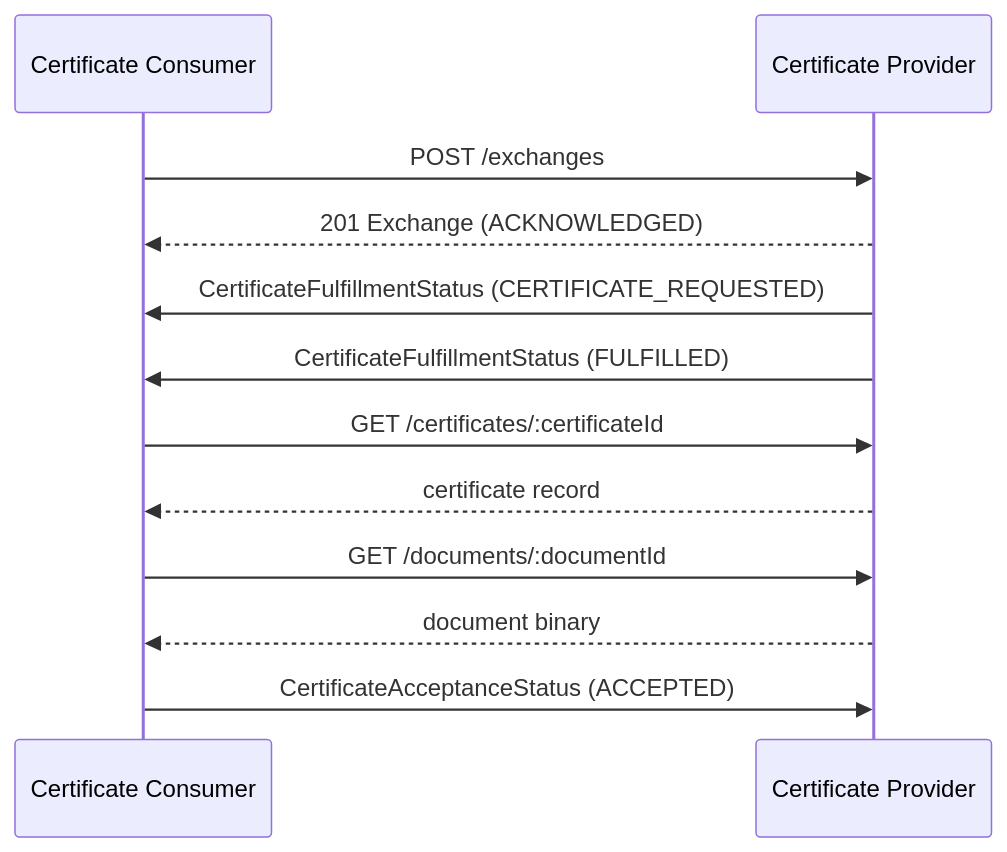
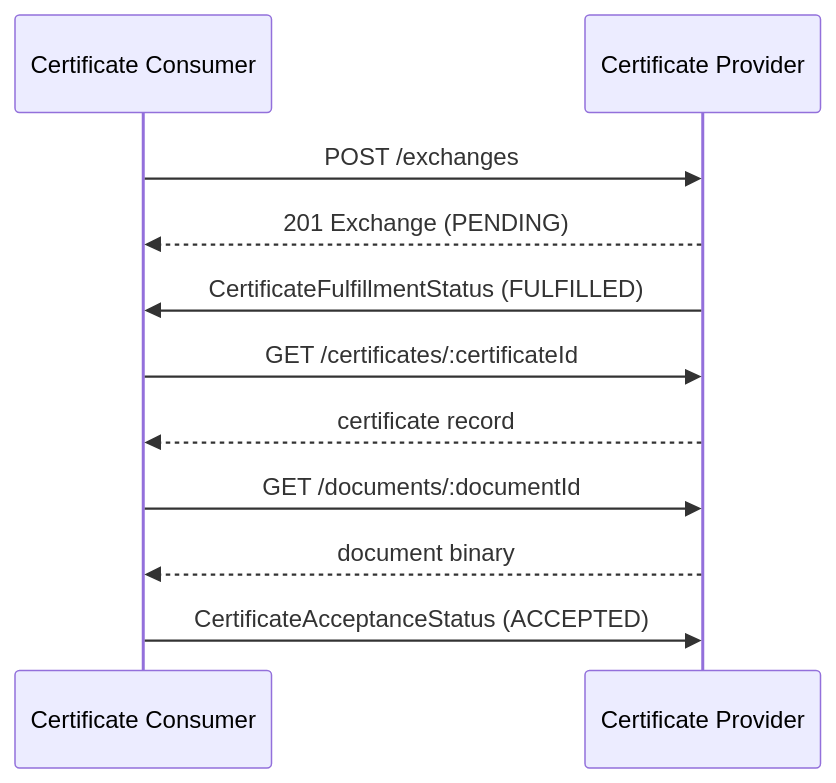
One commit to Metaform/certo changed the fourth of 4 diagrams in docs/sce/certificate-exchange.md. Above: the diagram before and after it, drawn with Mermaid. The commit also changed other lines of this file and 25 other files, not shown here.

````diff
--- a/docs/sce/certificate-exchange.md
+++ b/docs/sce/certificate-exchange.md
@@ -413,14 +409,13 @@
 ```mermaid
 sequenceDiagram
     participant con as Certificate Consumer
     participant prov as Certificate Provider
     con ->> prov: POST /exchanges
-    prov -->> con: 201 Exchange (ACKNOWLEDGED)
-    prov ->> con: CertificateFulfillmentStatus (CERTIFICATE_REQUESTED)
+    prov -->> con: 201 Exchange (PENDING)
     prov ->> con: CertificateFulfillmentStatus (FULFILLED)
     con ->> prov: GET /certificates/:certificateId
     prov -->> con: certificate record
     con ->> prov: GET /documents/:documentId
     prov -->> con: document binary
     con ->> prov: CertificateAcceptanceStatus (ACCEPTED)
 ```
````
